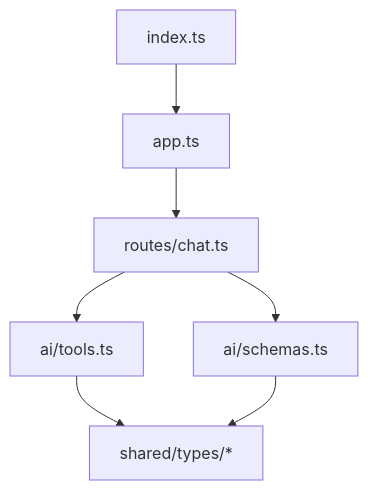
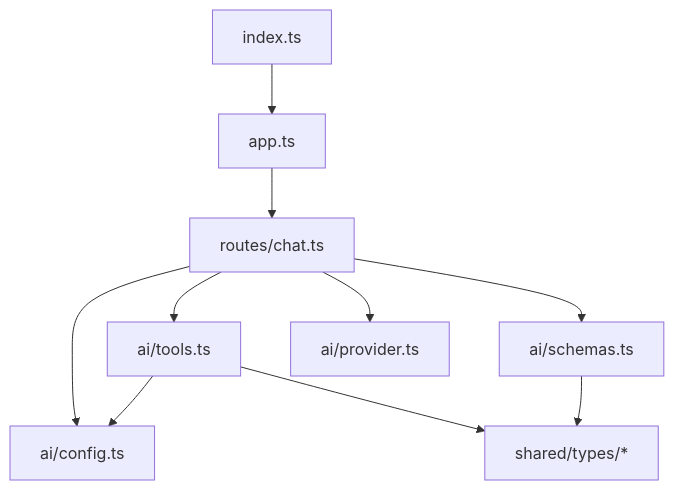
The eighth of 8 diagrams in .qoder/repowiki/zh/content/AI集成模块/工具集成.md (aHin0805/FH6CarSettingAgent), drawn with Mermaid before and after one commit. The commit also changed other lines of this file and 59 other files, not shown here.

````diff
--- a/.qoder/repowiki/zh/content/AI集成模块/工具集成.md
+++ b/.qoder/repowiki/zh/content/AI集成模块/工具集成.md
@@ -268,9 +357,12 @@
 ```mermaid
 graph TB
 Chat["routes/chat.ts"] --> Tools["ai/tools.ts"]
 Chat --> Schemas["ai/schemas.ts"]
+Chat --> Config["ai/config.ts"]
+Chat --> Provider["ai/provider.ts"]
+Tools --> Config
 Tools --> SharedTypes["shared/types/*"]
 Schemas --> SharedTypes
 App["app.ts"] --> Chat
 Index["index.ts"] --> App
 ```
````
